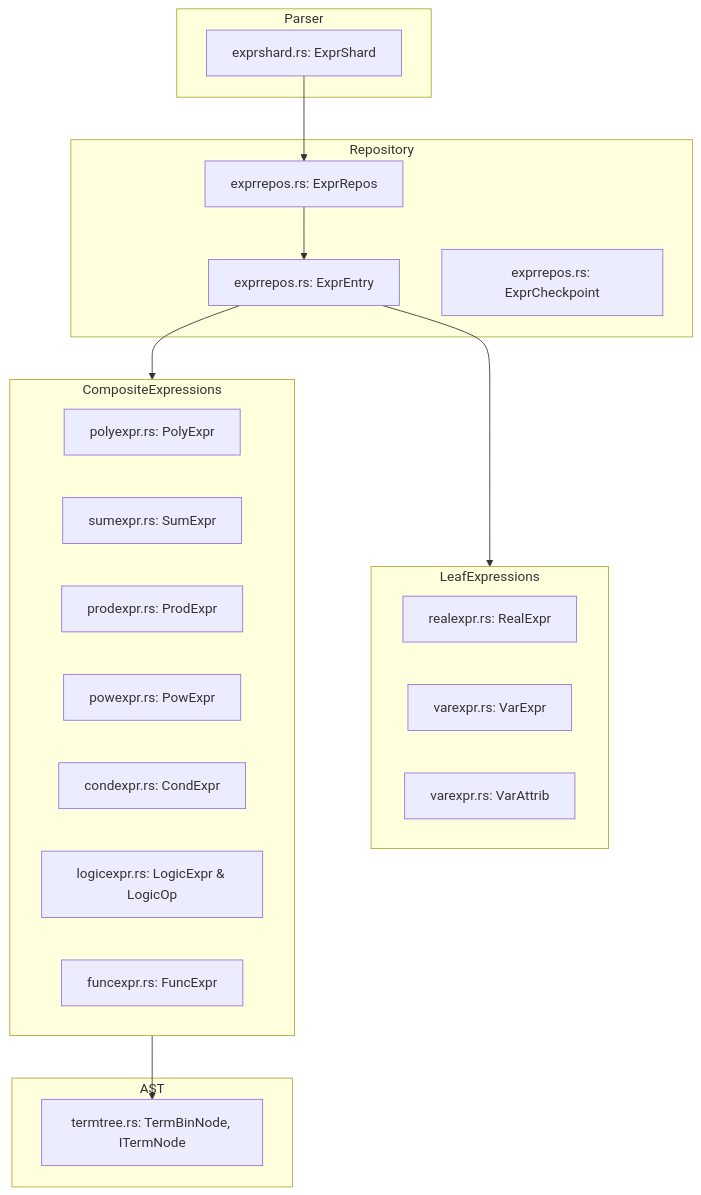
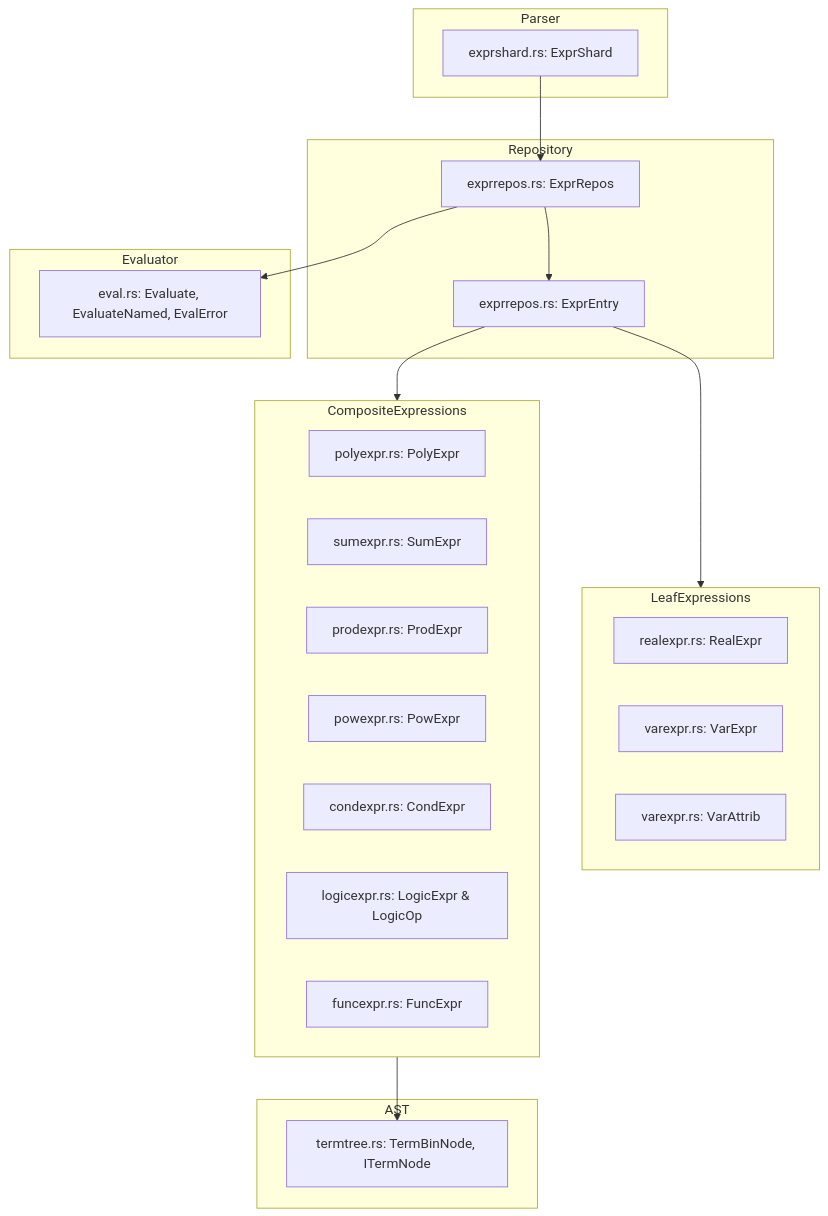
One commit to jswarup/Trellis changed the diagram in wiki/modules/fresco.md. Above: the diagram before and after it, drawn with Mermaid. The commit also changed other lines of this file and 6 other files, not shown here.

````diff
--- a/wiki/modules/fresco.md
+++ b/wiki/modules/fresco.md
@@ -24,34 +25,37 @@
 ```mermaid
 flowchart TD
     subgraph Repository
         ExprRepos["exprrepos.rs: ExprRepos"]
         ExprEntry["exprrepos.rs: ExprEntry"]
-        ExprCheckpoint["exprrepos.rs: ExprCheckpoint"]
     end
     subgraph Parser
         ExprShard["exprshard.rs: ExprShard"]
+    end
+    subgraph Evaluator
+        Eval["eval.rs: Evaluate, EvaluateNamed, EvalError"]
     end
     subgraph LeafExpressions
         RealExpr["realexpr.rs: RealExpr"]
         VarExpr["varexpr.rs: VarExpr"]
         VarAttrib["varexpr.rs: VarAttrib"]
     end
     subgraph CompositeExpressions
         PolyExpr["polyexpr.rs: PolyExpr"]
         SumExpr["sumexpr.rs: SumExpr"]
         ProdExpr["prodexpr.rs: ProdExpr"]
         PowExpr["powexpr.rs: PowExpr"]
         CondExpr["condexpr.rs: CondExpr"]
         LogicExpr["logicexpr.rs: LogicExpr & LogicOp"]
         FuncExpr["funcexpr.rs: FuncExpr"]
     end
     subgraph AST
         TermTree["termtree.rs: TermBinNode, ITermNode"]
     end
 
     ExprShard --> ExprRepos
     ExprRepos --> ExprEntry
+    ExprRepos --> Eval
     ExprEntry --> LeafExpressions
     ExprEntry --> CompositeExpressions
     CompositeExpressions --> TermTree
 ```
````
